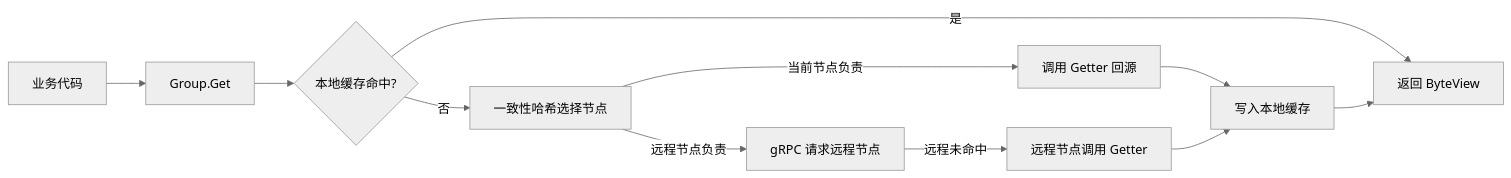
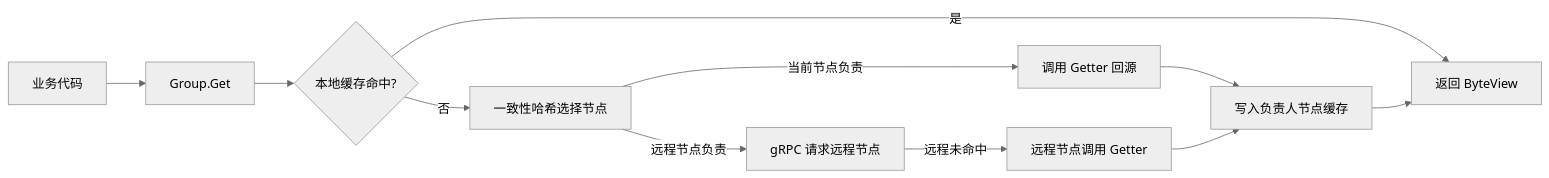
The diagram in README.md (Rson9/kamaCache), drawn with Mermaid (neutral theme) before and after one commit. The commit also changed other lines of this file and 15 other files, not shown here.

````diff
--- a/README.md
+++ b/README.md
@@ -21,13 +21,13 @@
 ```mermaid
 flowchart LR
     A[业务代码] --> B[Group.Get]
     B --> C{本地缓存命中?}
     C -->|是| D[返回 ByteView]
     C -->|否| E[一致性哈希选择节点]
     E -->|当前节点负责| F[调用 Getter 回源]
     E -->|远程节点负责| G[gRPC 请求远程节点]
     G -->|远程未命中| H[远程节点调用 Getter]
-    F --> I[写入本地缓存]
+    F --> I[写入负责人节点缓存]
     H --> I
     I --> D
 ```
````
